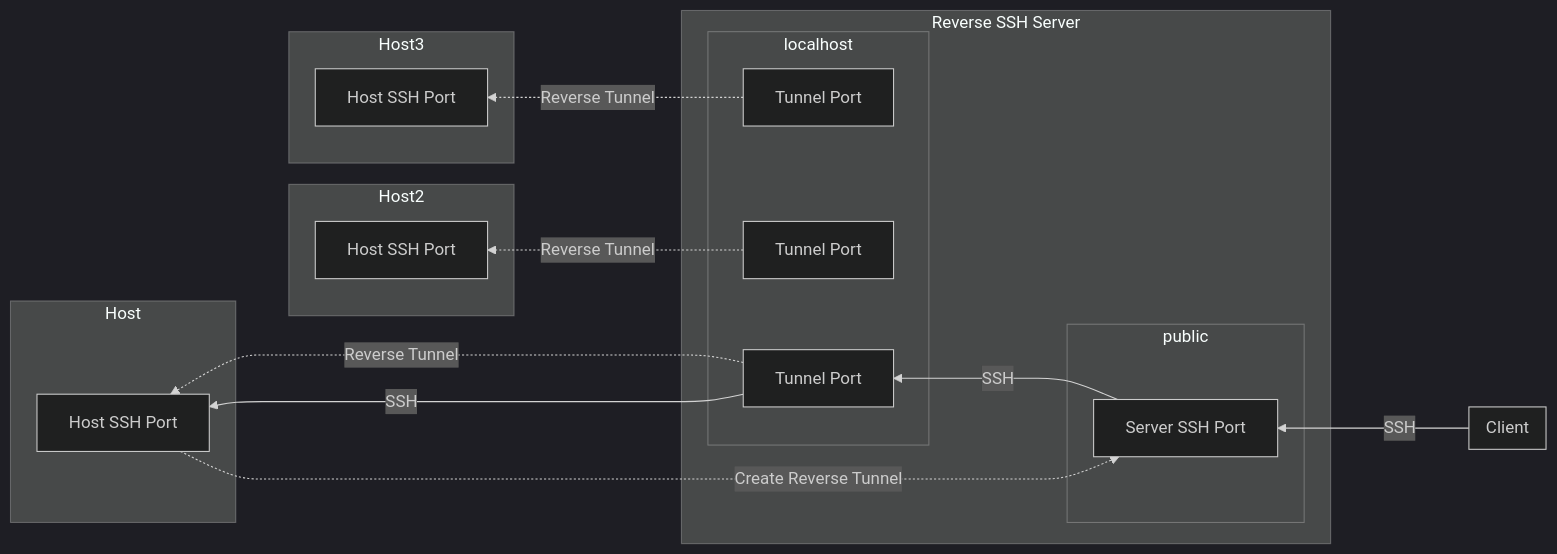
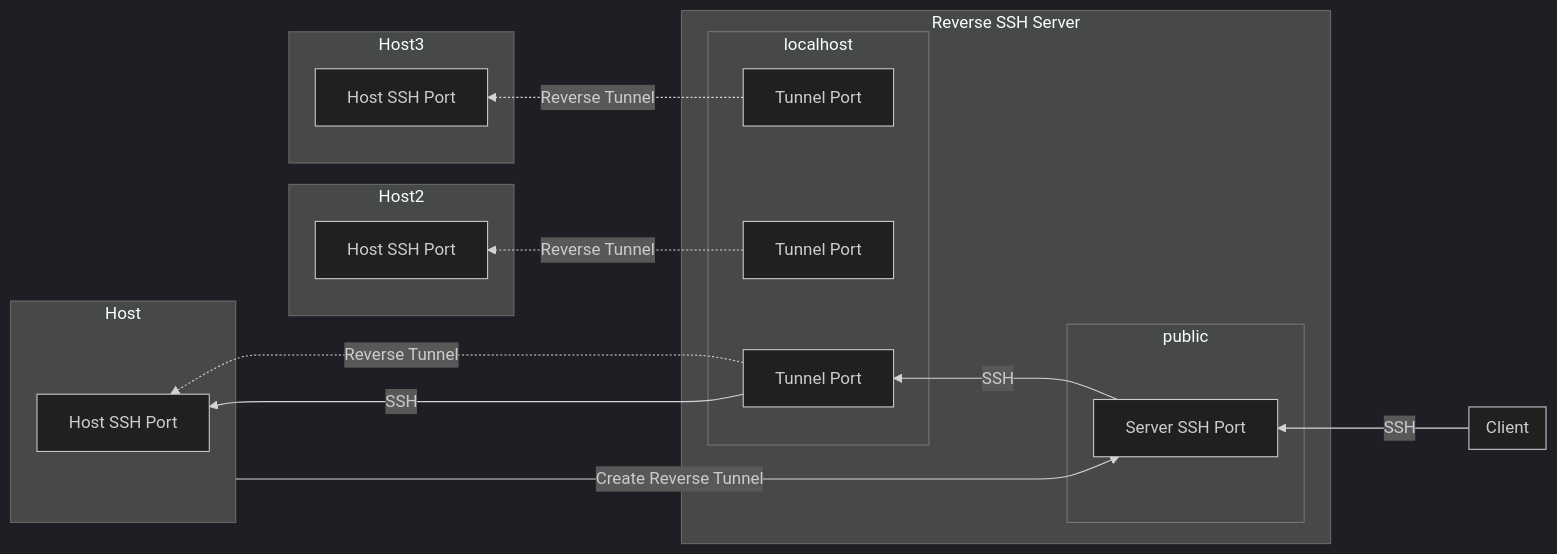
Before and after one commit to nqminds/nqm-ssh-tunnel: the diagram in README.md, drawn with Mermaid (dark theme).

Commit message:
docs: make "create tunnel" ssh connection bold

````diff
--- a/README.md
+++ b/README.md
@@ -10,37 +10,37 @@
 ```mermaid
 flowchart RL
     subgraph Host
         R["Host SSH Port"]
     end
     subgraph Host2
         R2["Host SSH Port"]
     end
     subgraph Host3
         R3["Host SSH Port"]
     end
 
     subgraph Reverse SSH Server
         subgraph localhost
             P["Tunnel Port"]
             P2["Tunnel Port"]
             P3["Tunnel Port"]
         end
         subgraph public
             serverPort["Server SSH Port"]
         end
     end
 
     subgraph Client
 
     end
     P -.->|Reverse Tunnel| R
-    R -.->|Create Reverse Tunnel| serverPort
+    Host --->|Create Reverse Tunnel| serverPort
     P --->|SSH| R
 
     P2 -.->|Reverse Tunnel| R2
 
     P3 -.->|Reverse Tunnel| R3
 
     Client ---> |SSH| serverPort
     serverPort ---> |SSH| P
 ```
````
